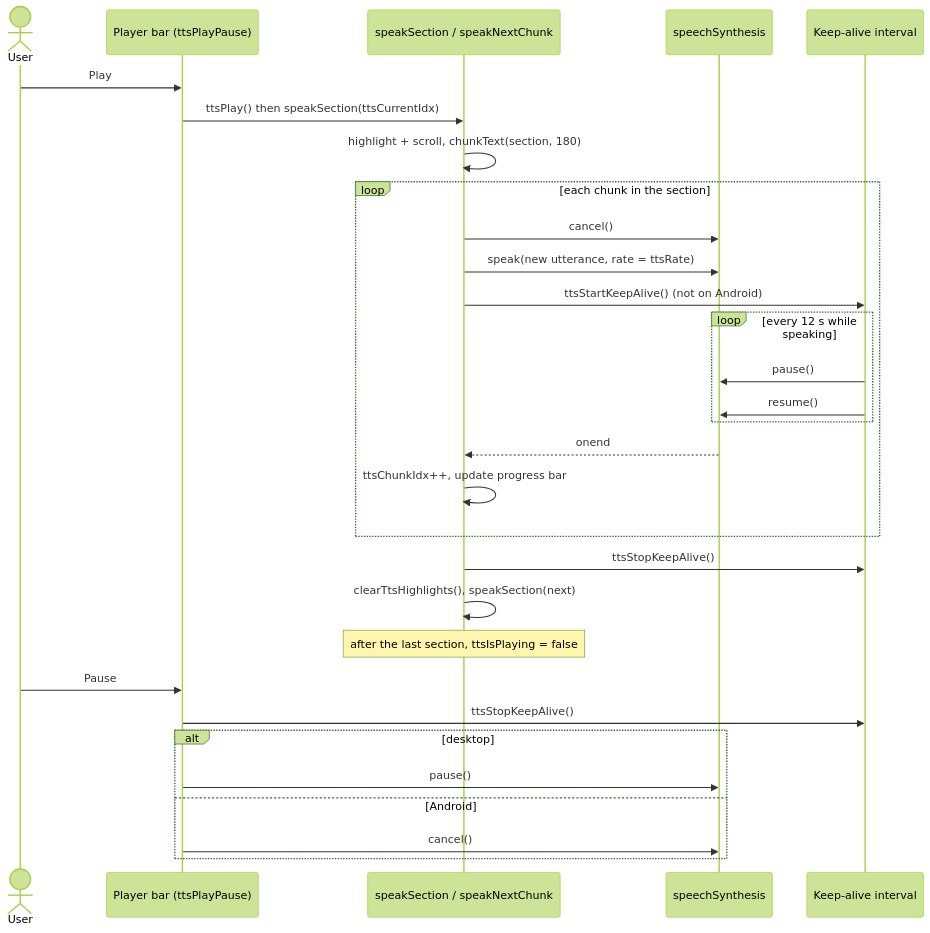
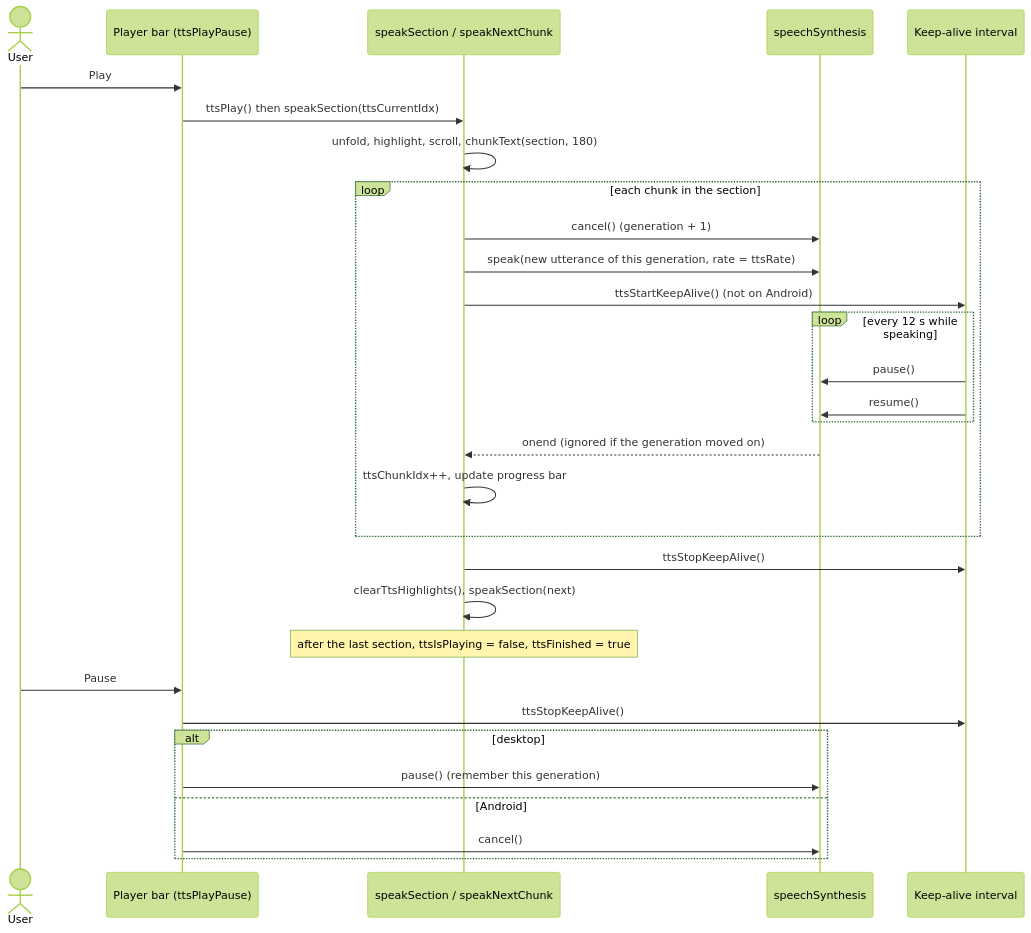
The second of 2 diagrams in docs/read-aloud.md (vikrantb/kites-markdown), drawn with Mermaid (forest theme) before and after one commit. The commit also changed other lines of this file and 18 other files, not shown here.

````diff
--- a/docs/read-aloud.md
+++ b/docs/read-aloud.md
@@ -191,33 +209,33 @@
 ```mermaid
 sequenceDiagram
   actor User
   participant Player as Player bar (ttsPlayPause)
   participant Engine as speakSection / speakNextChunk
   participant Synth as speechSynthesis
   participant Timer as Keep-alive interval
 
   User->>Player: Play
   Player->>Engine: ttsPlay() then speakSection(ttsCurrentIdx)
-  Engine->>Engine: highlight + scroll, chunkText(section, 180)
+  Engine->>Engine: unfold, highlight, scroll, chunkText(section, 180)
   loop each chunk in the section
-    Engine->>Synth: cancel()
-    Engine->>Synth: speak(new utterance, rate = ttsRate)
+    Engine->>Synth: cancel() (generation + 1)
+    Engine->>Synth: speak(new utterance of this generation, rate = ttsRate)
     Engine->>Timer: ttsStartKeepAlive() (not on Android)
     loop every 12 s while speaking
       Timer->>Synth: pause()
       Timer->>Synth: resume()
     end
-    Synth-->>Engine: onend
+    Synth-->>Engine: onend (ignored if the generation moved on)
     Engine->>Engine: ttsChunkIdx++, update progress bar
   end
   Engine->>Timer: ttsStopKeepAlive()
   Engine->>Engine: clearTtsHighlights(), speakSection(next)
-  Note over Engine: after the last section, ttsIsPlaying = false
+  Note over Engine: after the last section, ttsIsPlaying = false, ttsFinished = true
   User->>Player: Pause
   Player->>Timer: ttsStopKeepAlive()
   alt desktop
-    Player->>Synth: pause()
+    Player->>Synth: pause() (remember this generation)
   else Android
     Player->>Synth: cancel()
   end
 ```
````
